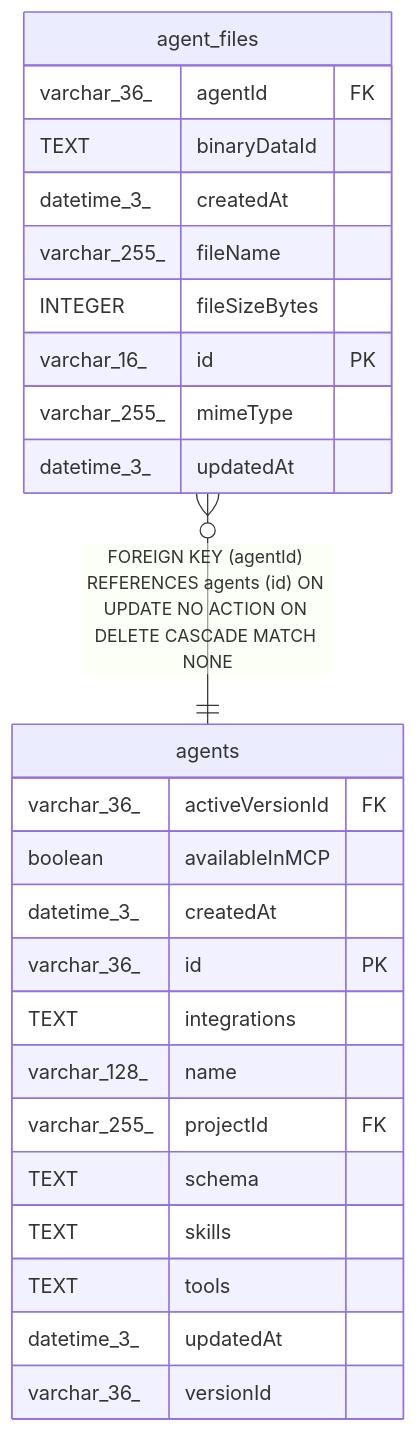
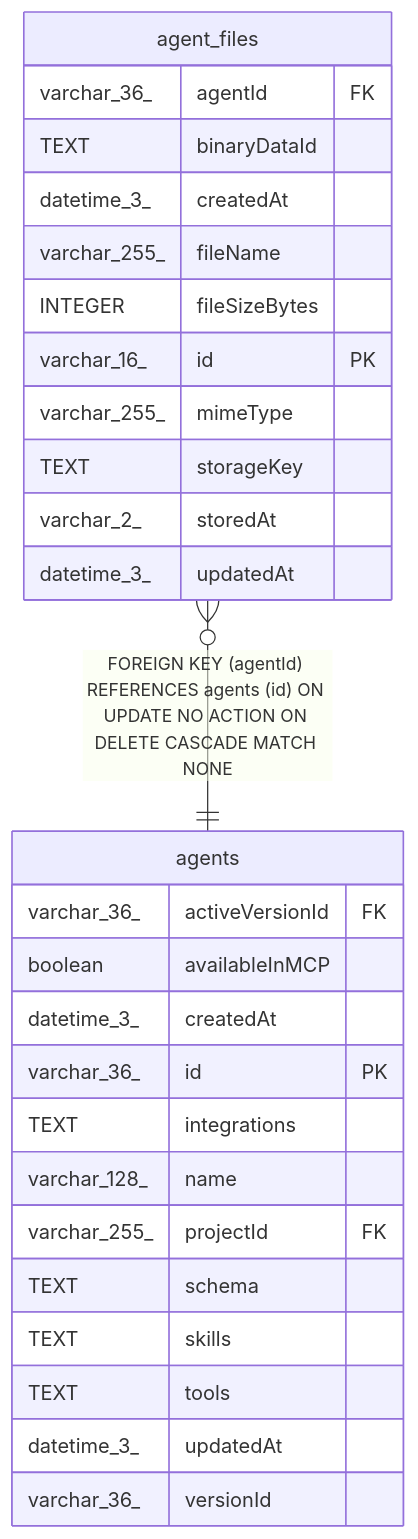
The diagram in docs/generated/sqlite-schema/agent_files.md (mayankjain1815-commits/n8n), drawn with Mermaid before and after one commit. The commit also changed other lines of this file and 31 other files, not shown here.

````diff
--- a/docs/generated/sqlite-schema/agent_files.md
+++ b/docs/generated/sqlite-schema/agent_files.md
@@ -46,30 +49,32 @@
 ```mermaid
 erDiagram
 
 "agent_files" }o--|| "agents" : "FOREIGN KEY (agentId) REFERENCES agents (id) ON UPDATE NO ACTION ON DELETE CASCADE MATCH NONE"
 
 "agent_files" {
   varchar_36_ agentId FK
   TEXT binaryDataId
   datetime_3_ createdAt
   varchar_255_ fileName
   INTEGER fileSizeBytes
   varchar_16_ id PK
   varchar_255_ mimeType
+  TEXT storageKey
+  varchar_2_ storedAt
   datetime_3_ updatedAt
 }
 "agents" {
   varchar_36_ activeVersionId FK
   boolean availableInMCP
   datetime_3_ createdAt
   varchar_36_ id PK
   TEXT integrations
   varchar_128_ name
   varchar_255_ projectId FK
   TEXT schema
   TEXT skills
   TEXT tools
   datetime_3_ updatedAt
   varchar_36_ versionId
 }
 ```
````
